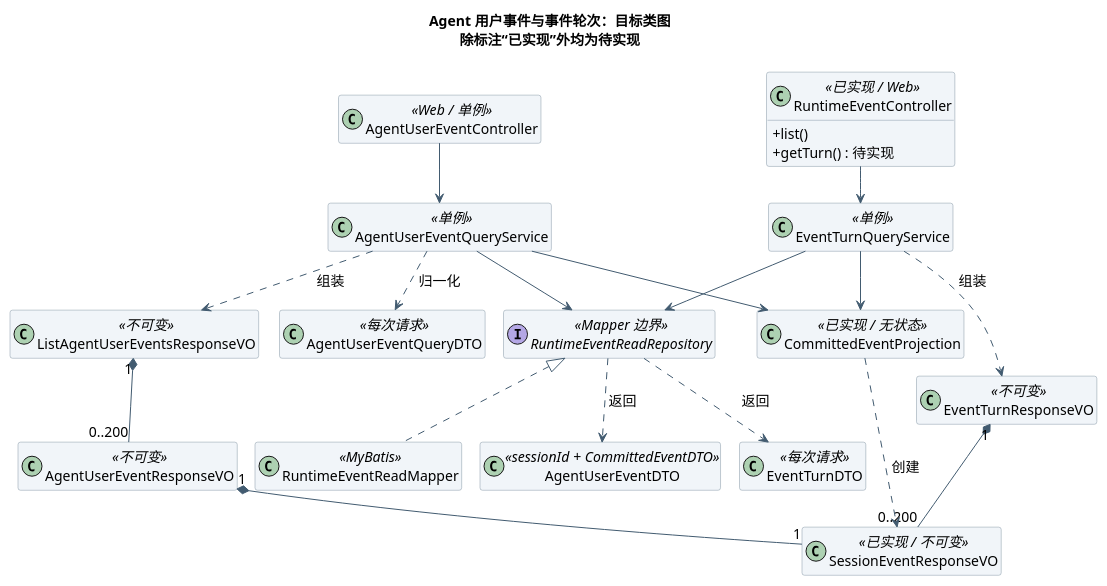
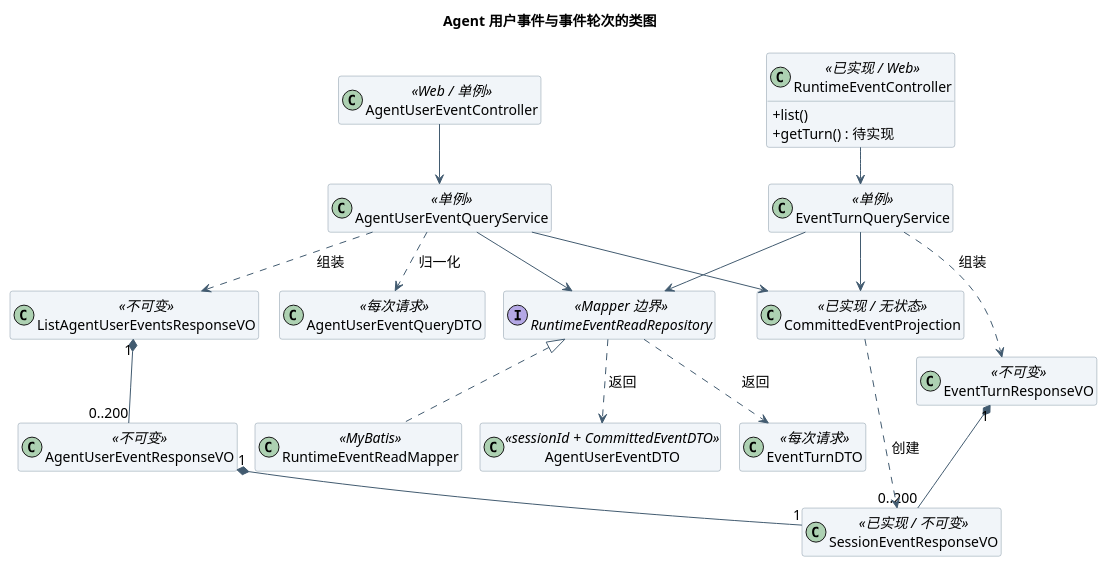
One commit to ssm0808/pi-mono-java-design changed the third of 3 diagrams in 01-总体架构/01-CampusClaw多Agent运行时/设计图/Agent用户事件查询/diagram.puml. Above: the diagram before and after it, drawn with PlantUML. The commit also changed other lines of this file and 3 other files, not shown here.

First line of the commit message:
去掉 UC2 详细时序图和类图标题中的状态标注

```diff
--- a/01-总体架构/01-CampusClaw多Agent运行时/设计图/Agent用户事件查询/diagram.puml
+++ b/01-总体架构/01-CampusClaw多Agent运行时/设计图/Agent用户事件查询/diagram.puml
@@ -103,53 +103,53 @@
 @startuml agent_user_events_classes
 ' 源码证据：pi-mono-java main 769e86592285f4a25b0febaf551eddea6bc7212c
 ' modules/coding-agent-cli/src/main/java/com/campusclaw/codingagent/runtimeapi/
 ' web/RuntimeEventController.java; event/CommittedEventQueryService.java
 ' event/CommittedEventProjection.java; persistence/MyBatisRuntimeSessionRepository.java:findEventPage
 ' vo/ListSessionEventsResponseVO.java; vo/SessionEventResponseVO.java
 ' 已观察行为：同一个无状态投影同时服务 GET 历史和 POST SSE 帧。
 ' 设计原因：新读取复用该投影；DTO 留在 Service 之下，VO 留在 Controller 层。
 !pragma layout smetana
 skinparam backgroundColor white
 skinparam defaultFontName SansSerif
 skinparam defaultFontSize 14
 skinparam shadowing false
 skinparam classAttributeIconSize 0
 skinparam ArrowColor #425B70
 skinparam classBackgroundColor #F1F5F9
 skinparam classBorderColor #8496A4
 hide empty members
-title Agent 用户事件与事件轮次：目标类图\n除标注“已实现”外均为待实现
+title Agent 用户事件与事件轮次的类图
 class "AgentUserEventController" as AgentWeb <<Web / 单例>>
 class "RuntimeEventController" as SessionWeb <<已实现 / Web>> {
   +list()
   +getTurn() : 待实现
 }
 class "AgentUserEventQueryService" as AgentSvc <<单例>>
 class "EventTurnQueryService" as TurnSvc <<单例>>
 class "CommittedEventProjection" as Projection <<已实现 / 无状态>>
 interface "RuntimeEventReadRepository" as Repo <<Mapper 边界>>
 class "RuntimeEventReadMapper" as Mapper <<MyBatis>>
 class "AgentUserEventQueryDTO" as QueryDTO <<每次请求>>
 class "AgentUserEventDTO" as ItemDTO <<sessionId + CommittedEventDTO>>
 class "EventTurnDTO" as TurnDTO <<每次请求>>
 class "ListAgentUserEventsResponseVO" as ListVO <<不可变>>
 class "AgentUserEventResponseVO" as ItemVO <<不可变>>
 class "EventTurnResponseVO" as TurnVO <<不可变>>
 class "SessionEventResponseVO" as EventVO <<已实现 / 不可变>>
 AgentWeb --> AgentSvc
 SessionWeb --> TurnSvc
 AgentSvc --> Repo
 TurnSvc --> Repo
 AgentSvc --> Projection
 TurnSvc --> Projection
 Repo <|.. Mapper
 AgentSvc ..> QueryDTO : 归一化
 Repo ..> ItemDTO : 返回
 Repo ..> TurnDTO : 返回
 AgentSvc ..> ListVO : 组装
 TurnSvc ..> TurnVO : 组装
 ListVO "1" *-- "0..200" ItemVO
 ItemVO "1" *-- "1" EventVO
 TurnVO "1" *-- "0..200" EventVO
 Projection ..> EventVO : 创建
 @enduml
```
